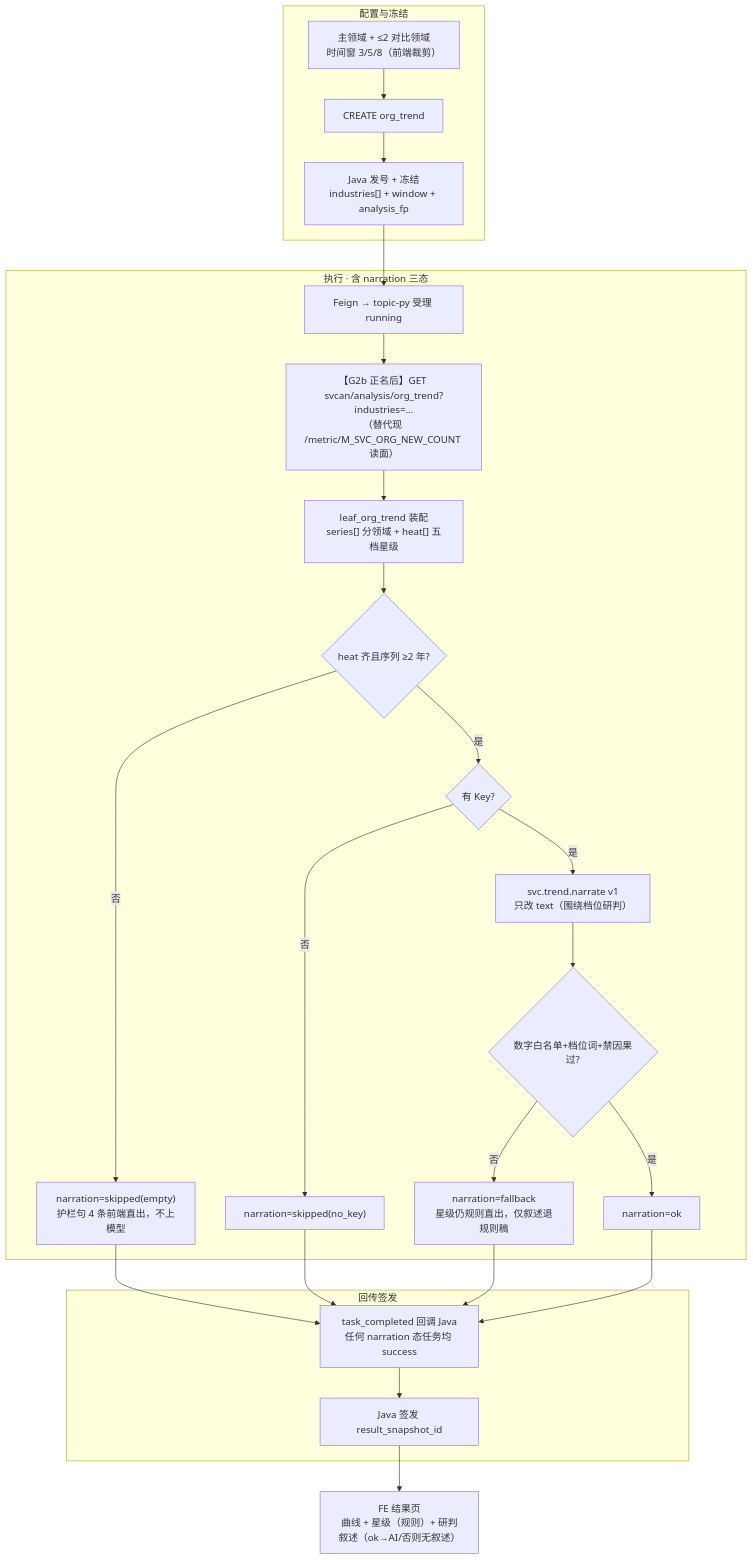
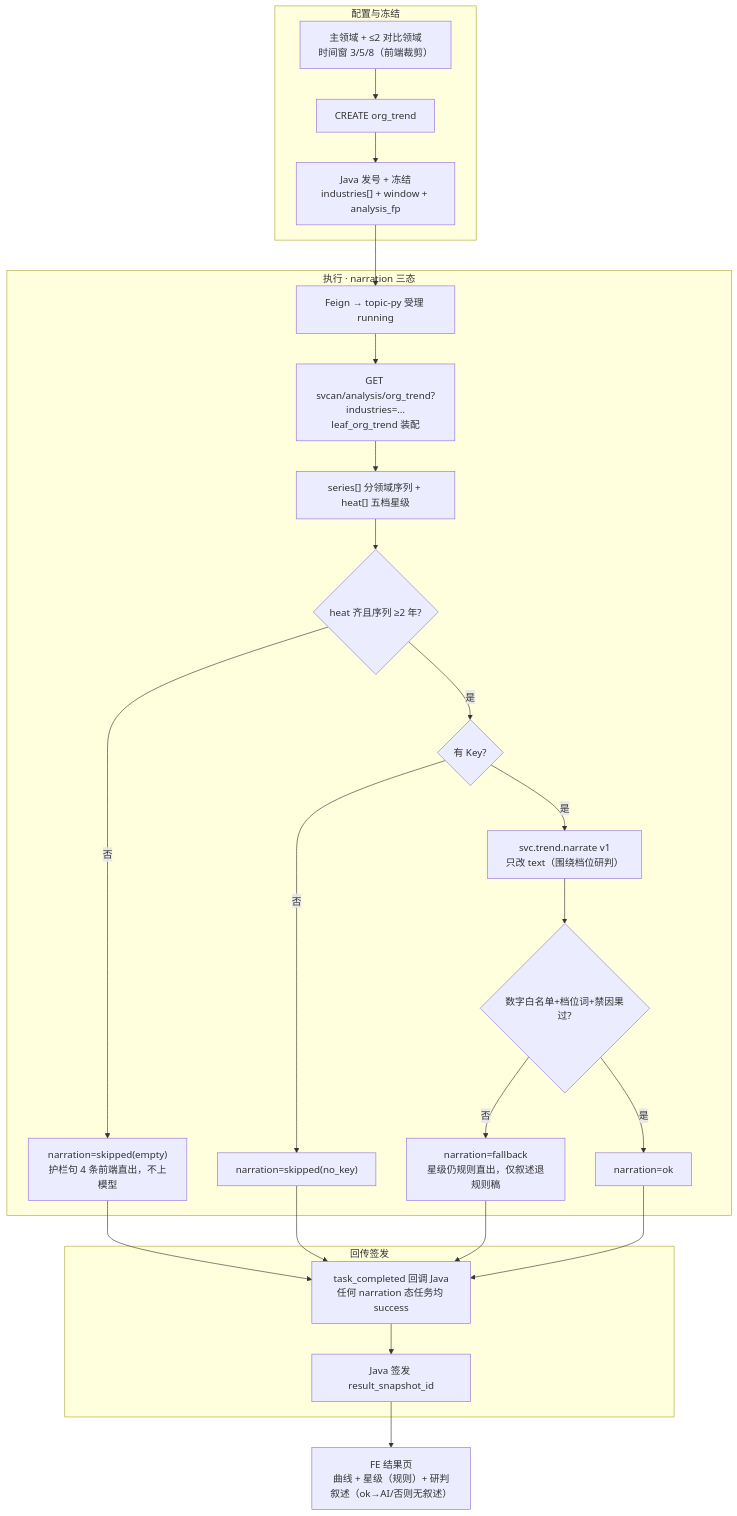
Before and after one commit to Marisolebxf/-: the diagram in agent-delivery/agent-handoffs/产品整体定义/科技专题服务系统-完整详细设计/05.7.4-服务机构新增趋势分析.md, drawn with Mermaid. The commit also changed other lines of this file and 2 other files, not shown here.

First line of the commit message:
[agent:architect-agent] docs(svc): 05.7.1/05.7.3/05.7.4 改版为行为规格体例（删对照/缺口/目标态章节）

````diff
--- a/agent-delivery/agent-handoffs/产品整体定义/科技专题服务系统-完整详细设计/05.7.4-服务机构新增趋势分析.md
+++ b/agent-delivery/agent-handoffs/产品整体定义/科技专题服务系统-完整详细设计/05.7.4-服务机构新增趋势分析.md
@@ -31,28 +31,28 @@
 ```mermaid
 flowchart TD
   subgraph cfg [配置与冻结]
     A["主领域 + ≤2 对比领域<br/>时间窗 3/5/8（前端裁剪）"] --> B["CREATE org_trend"]
     B --> C["Java 发号 + 冻结<br/>industries[] + window + analysis_fp"]
   end
-  subgraph pipe [执行 · 含 narration 三态]
+  subgraph pipe [执行 · narration 三态]
     C --> D["Feign → topic-py 受理 running"]
-    D --> F["【G2b 正名后】GET svcan/analysis/org_trend?industries=…<br/>（替代现 /metric/M_SVC_ORG_NEW_COUNT 读面）"]
-    F --> G["leaf_org_trend 装配<br/>series[] 分领域 + heat[] 五档星级"]
+    D --> F["GET svcan/analysis/org_trend?industries=…<br/>leaf_org_trend 装配"]
+    F --> G["series[] 分领域序列 + heat[] 五档星级"]
     G --> H{"heat 齐且序列 ≥2 年?"}
     H -->|否| EM["narration=skipped(empty)<br/>护栏句 4 条前端直出，不上模型"]
     H -->|是| I{"有 Key?"}
     I -->|否| SK["narration=skipped(no_key)"]
     I -->|是| L["svc.trend.narrate v1<br/>只改 text（围绕档位研判）"]
     L --> V{"数字白名单+档位词+禁因果过?"}
     V -->|否| FB["narration=fallback<br/>星级仍规则直出，仅叙述退规则稿"]
     V -->|是| OK["narration=ok"]
   end
   subgraph back [回传签发]
     EM --> CB["task_completed 回调 Java<br/>任何 narration 态任务均 success"]
     SK --> CB
     FB --> CB
     OK --> CB
     CB --> S["Java 签发 result_snapshot_id"]
   end
   S --> R["FE 结果页<br/>曲线 + 星级（规则）+ 研判叙述（ok→AI/否则无叙述）"]
 ```
````
